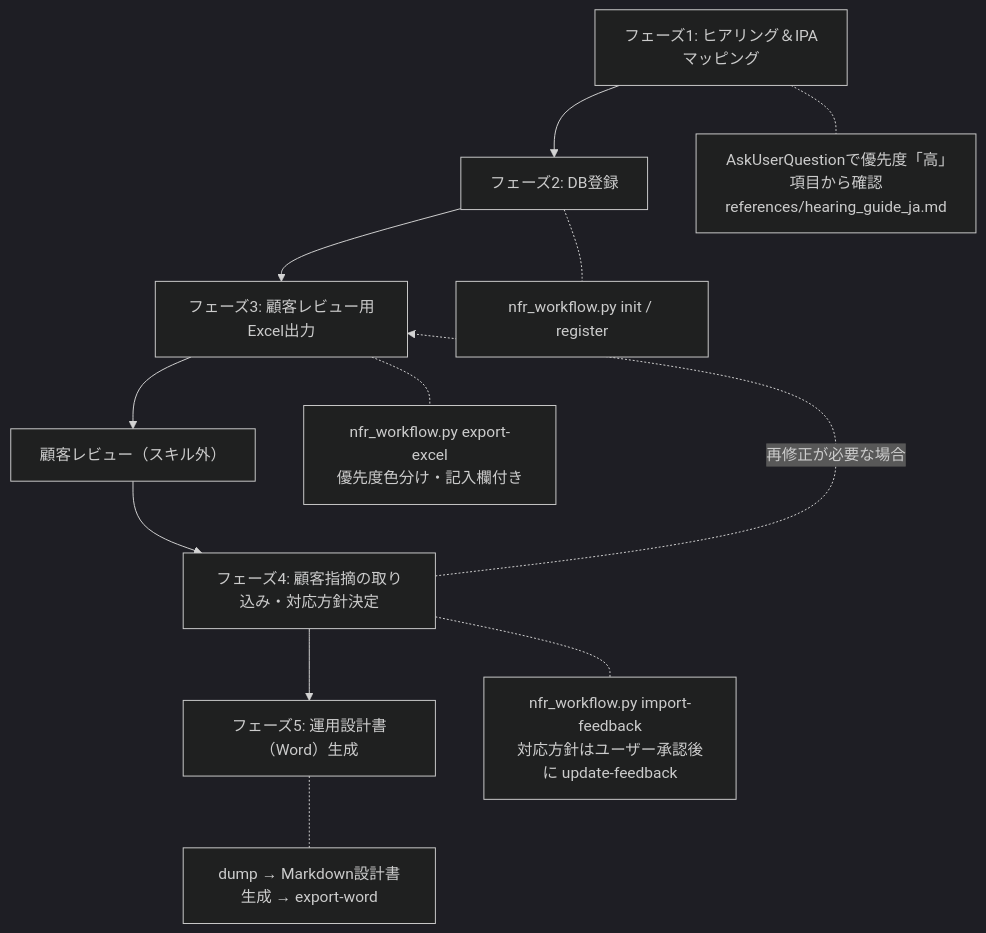
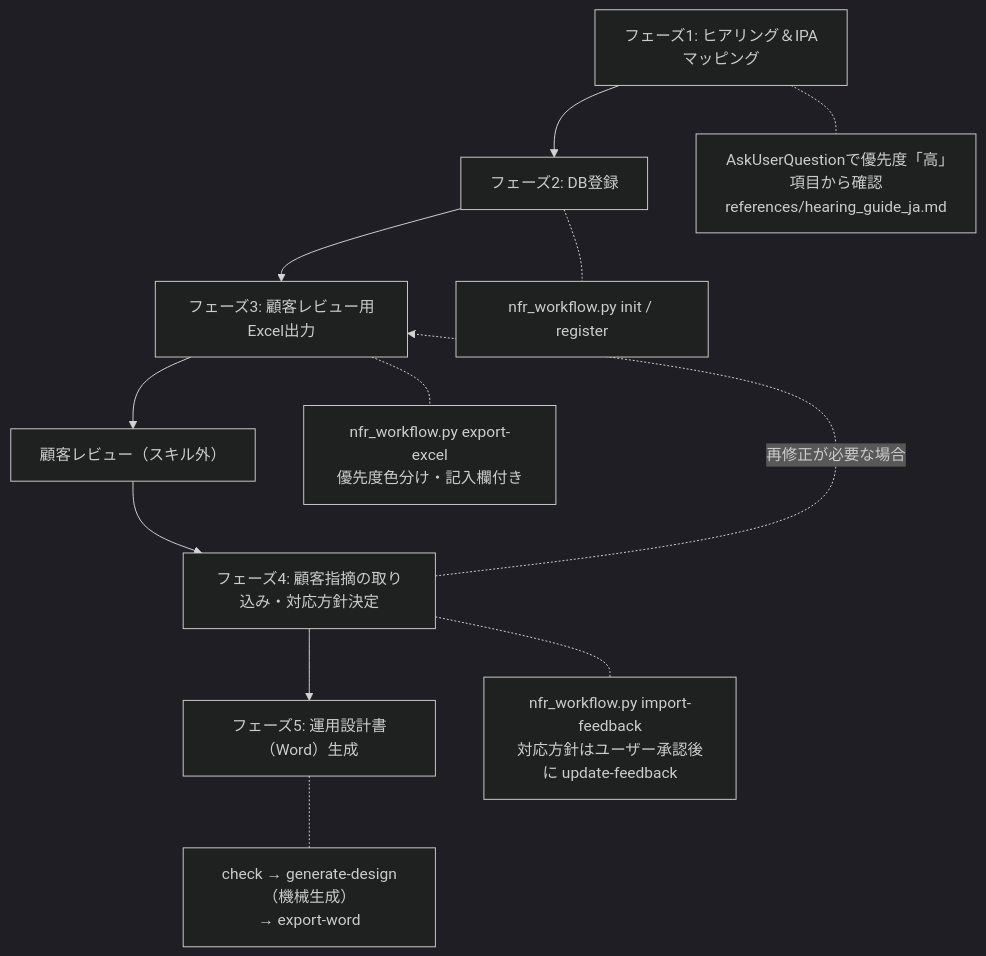
One commit to windschord/claude_skils changed the diagram in operations/ipa-nfr-workflow/SKILL.md. Above: the diagram before and after it, drawn with Mermaid (dark theme). The commit also changed other lines of this file and 3 other files, not shown here.

First line of the commit message:
feat: 運用設計書生成と整合性チェックを機械処理化（check / generate-design）

````diff
--- a/operations/ipa-nfr-workflow/SKILL.md
+++ b/operations/ipa-nfr-workflow/SKILL.md
@@ -64,15 +78,15 @@
 ```mermaid
 flowchart TD
     P1[フェーズ1: ヒアリング＆IPAマッピング] --> P2[フェーズ2: DB登録]
     P2 --> P3[フェーズ3: 顧客レビュー用Excel出力]
     P3 --> C[顧客レビュー（スキル外）]
     C --> P4[フェーズ4: 顧客指摘の取り込み・対応方針決定]
     P4 --> P5[フェーズ5: 運用設計書（Word）生成]
     P4 -.再修正が必要な場合.-> P3
 
     P1 -.- P1a[AskUserQuestionで優先度「高」項目から確認<br/>references/hearing_guide_ja.md]
     P2 -.- P2a[nfr_workflow.py init / register]
     P3 -.- P3a[nfr_workflow.py export-excel<br/>優先度色分け・記入欄付き]
     P4 -.- P4a[nfr_workflow.py import-feedback<br/>対応方針はユーザー承認後に update-feedback]
-    P5 -.- P5a[dump → Markdown設計書生成 → export-word]
+    P5 -.- P5a[check → generate-design（機械生成）<br/>→ export-word]
 ```
````
